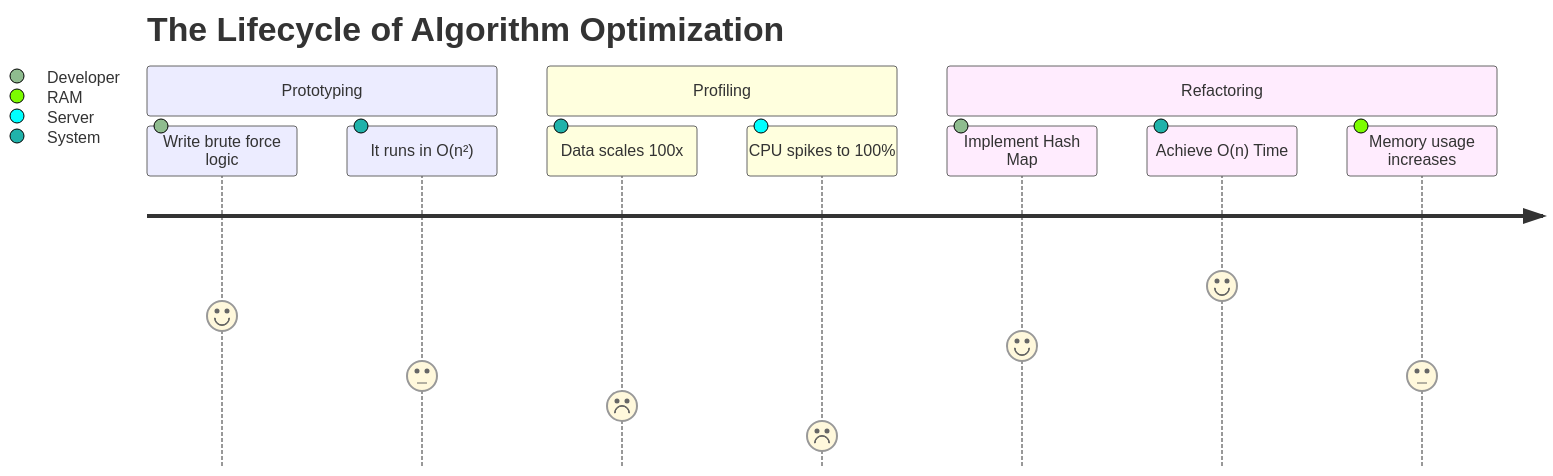
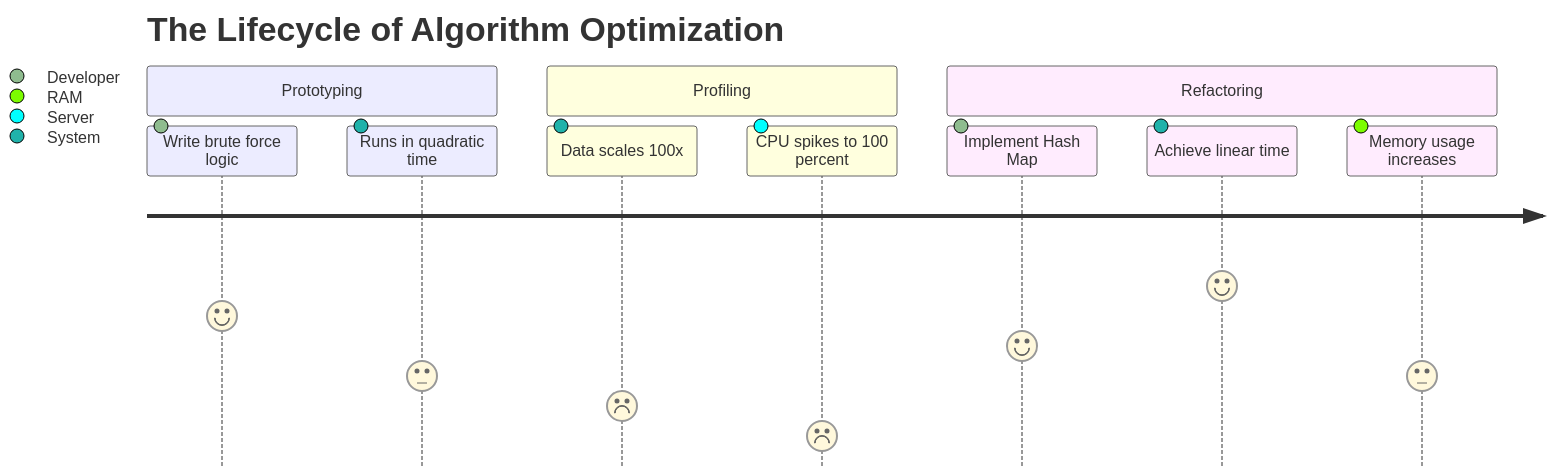
Before and after one commit to hagaramr2005/DSA-From-Scratch: the second of 9 diagrams in 01-Algorithm-Analysis/01- Big O notation.md, drawn with Mermaid. The commit also changed other lines of this file, not shown here.

````diff
--- a/01-Algorithm-Analysis/01- Big O notation.md
+++ b/01-Algorithm-Analysis/01- Big O notation.md
@@ -159,14 +158,14 @@
 ```mermaid
 journey
     title The Lifecycle of Algorithm Optimization
     section Prototyping
       Write brute force logic: 5: Developer
-      It runs in O(n²): 3: System
+      Runs in quadratic time: 3: System
     section Profiling
       Data scales 100x: 2: System
-      CPU spikes to 100%: 1: Server
+      CPU spikes to 100 percent: 1: Server
     section Refactoring
       Implement Hash Map: 4: Developer
-      Achieve O(n) Time: 6: System
+      Achieve linear time: 6: System
       Memory usage increases: 3: RAM
 ```
````
